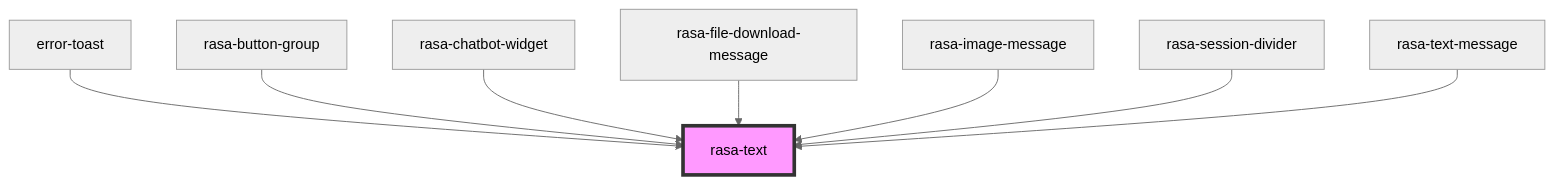
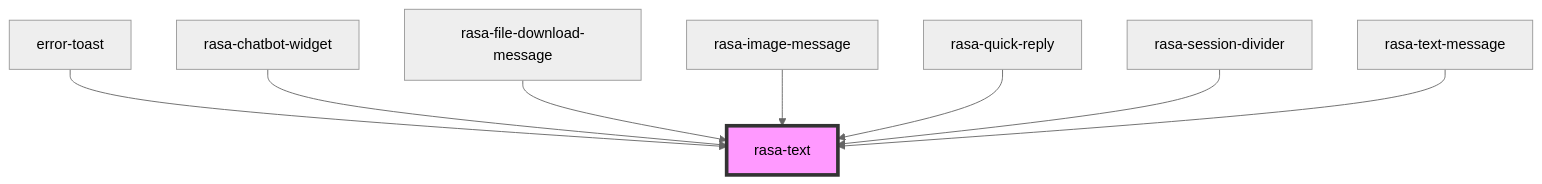
One commit to RasaHQ/chat-widget changed the diagram in packages/web-component/src/components/text/readme.md. Above: the diagram before and after it, drawn with Mermaid (neutral theme). The commit also changed other lines of this file and 23 other files, not shown here.

````diff
--- a/packages/web-component/src/components/text/readme.md
+++ b/packages/web-component/src/components/text/readme.md
@@ -31,11 +31,11 @@
 ```mermaid
 graph TD;
   error-toast --> rasa-text
-  rasa-button-group --> rasa-text
   rasa-chatbot-widget --> rasa-text
   rasa-file-download-message --> rasa-text
   rasa-image-message --> rasa-text
+  rasa-quick-reply --> rasa-text
   rasa-session-divider --> rasa-text
   rasa-text-message --> rasa-text
   style rasa-text fill:#f9f,stroke:#333,stroke-width:4px
 ```
````
